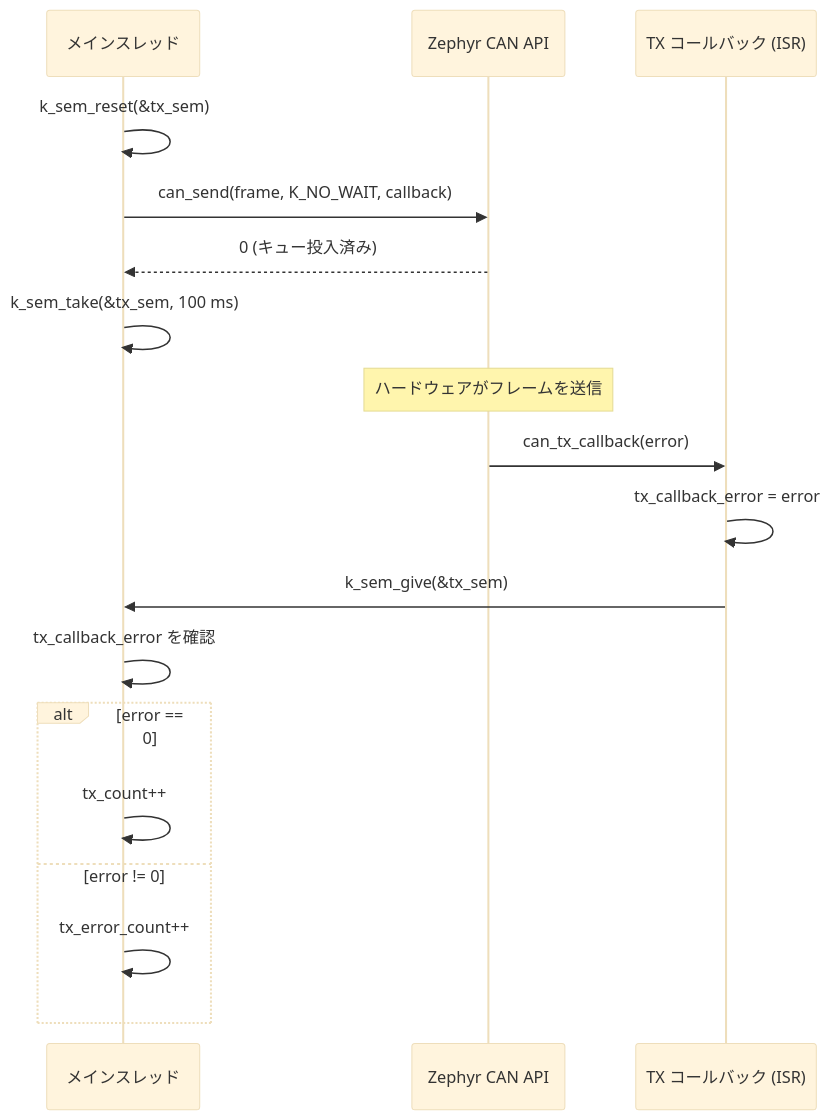
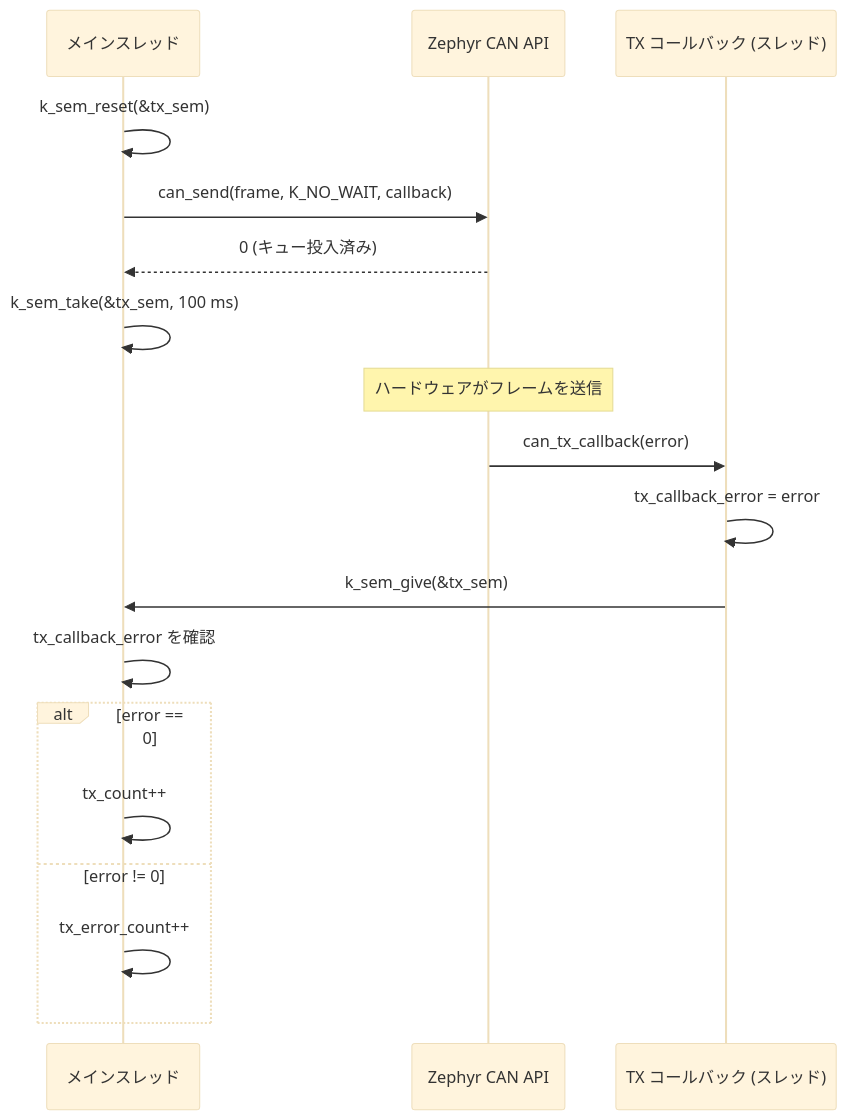
Before and after one commit to uist1idrju3i/study-ZephyrCAN: the fourth of 4 diagrams in README.ja.md, drawn with Mermaid (base theme). The commit also changed other lines of this file and 2 other files, not shown here.

Commit message:
Address review round 3: rename recovery function, fix -EALREADY stuck loop, update diagrams
- Comments 38/40: Update flowchart decision node from 'Bus-off?' to
  'Bus-off / Stopped?' in both README.md and README.ja.md
- Comments 39/41: Rename sequence diagram participant from 'TX Callback
  (ISR)' to 'TX Callback (Thread)' and update surrounding text in both
  READMEs to reflect driver interrupt thread context
- Comment 42: Rename can_recover_from_bus_off() to can_recover_controller()
  with updated docstring covering both bus-off and stopped states
- Comment 45: Tolerate -EALREADY from can_stop() in recovery function
  to prevent infinite stuck loop when controller is already stopped

````diff
--- a/README.ja.md
+++ b/README.ja.md
@@ -131,24 +131,24 @@
 ```mermaid
 sequenceDiagram
     participant Main as メインスレッド
     participant API as Zephyr CAN API
-    participant ISR as TX コールバック (ISR)
+    participant CB as TX コールバック (スレッド)
 
     Main->>Main: k_sem_reset(&tx_sem)
     Main->>API: can_send(frame, K_NO_WAIT, callback)
     API-->>Main: 0 (キュー投入済み)
     Main->>Main: k_sem_take(&tx_sem, 100 ms)
 
     Note over API: ハードウェアがフレームを送信
 
-    API->>ISR: can_tx_callback(error)
-    ISR->>ISR: tx_callback_error = error
-    ISR->>Main: k_sem_give(&tx_sem)
+    API->>CB: can_tx_callback(error)
+    CB->>CB: tx_callback_error = error
+    CB->>Main: k_sem_give(&tx_sem)
 
     Main->>Main: tx_callback_error を確認
     alt error == 0
         Main->>Main: tx_count++
     else error != 0
         Main->>Main: tx_error_count++
     end
 ```
````
